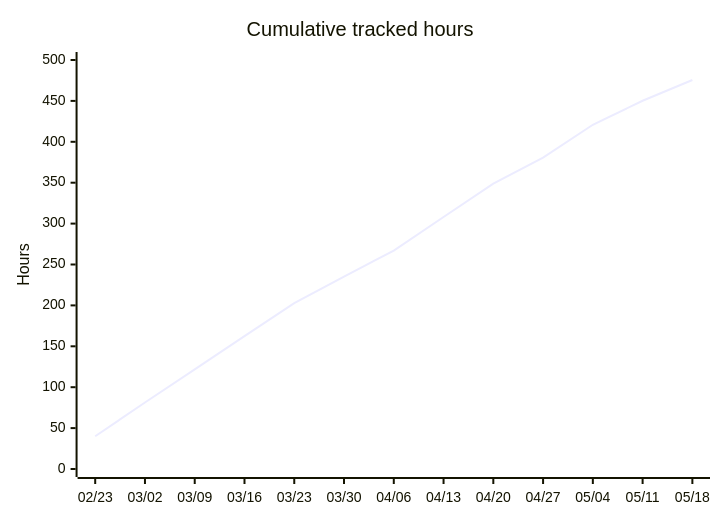
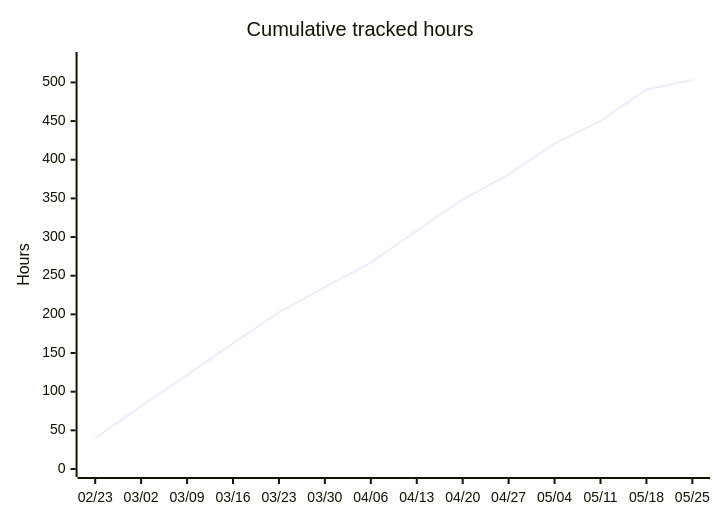
One commit to albinforsberg-netizen/timeclock changed the fifth of 5 diagrams in README.org. Above: the diagram before and after it, drawn with Mermaid. The commit also changed other lines of this file, not shown here.

```diff
--- a/README.org
+++ b/README.org
@@ -125,7 +125,7 @@
 #+begin_src mermaid
 xychart-beta
     title "Cumulative tracked hours"
-    x-axis ["02/23", "03/02", "03/09", "03/16", "03/23", "03/30", "04/06", "04/13", "04/20", "04/27", "05/04", "05/11", "05/18"]
-    y-axis "Hours" 0 --> 500
-    line [40.00, 81.25, 121.75, 162.50, 202.75, 235.19, 267.03, 308.11, 348.83, 380.71, 420.81, 450.20, 475.50]
+    x-axis ["02/23", "03/02", "03/09", "03/16", "03/23", "03/30", "04/06", "04/13", "04/20", "04/27", "05/04", "05/11", "05/18", "05/25"]
+    y-axis "Hours" 0 --> 529
+    line [40.00, 81.25, 121.75, 162.50, 202.75, 235.19, 267.03, 308.11, 348.83, 380.71, 420.81, 450.20, 490.81, 503.23]
 #+end_src
```
